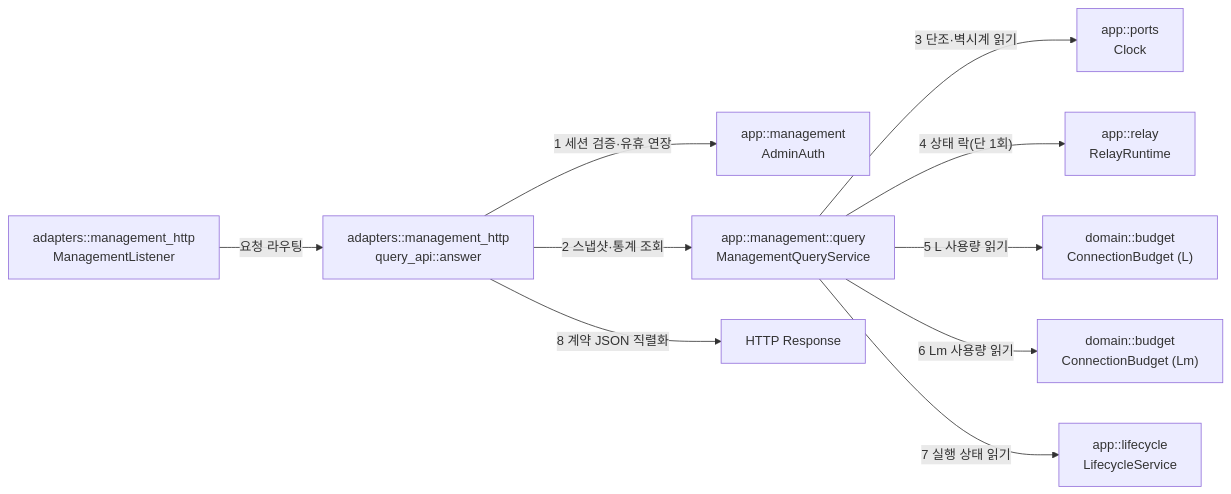
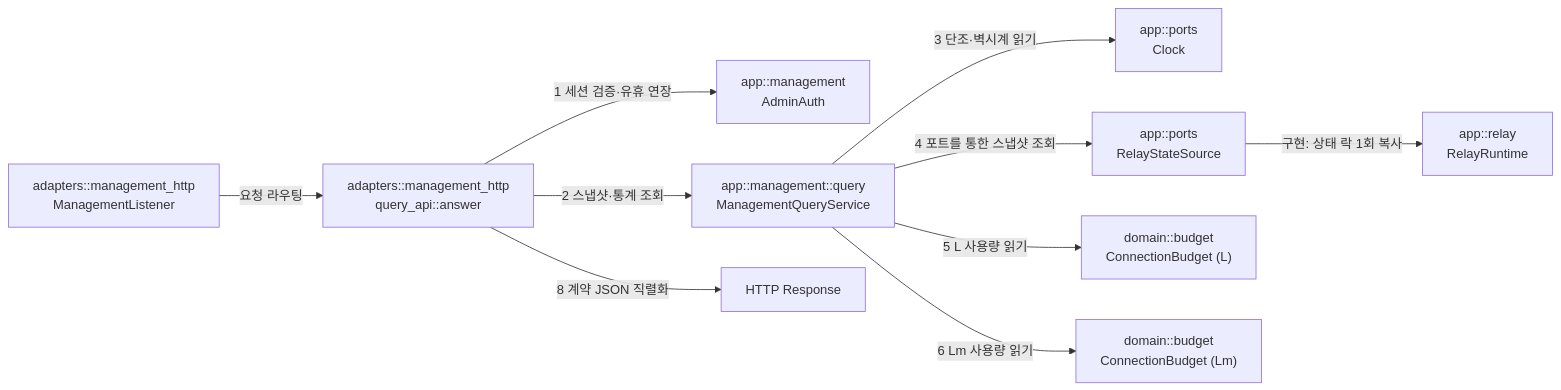
Before and after one commit to kayden-kim/vnc-relay: the diagram in docs/architectures/management-query.md, drawn with Mermaid. The commit also changed other lines of this file and 4 other files, not shown here.

````diff
--- a/docs/architectures/management-query.md
+++ b/docs/architectures/management-query.md
@@ -43,12 +43,12 @@
 ```mermaid
 flowchart LR
     ML["adapters::management_http<br/>ManagementListener"] -->|"요청 라우팅"| QA["adapters::management_http<br/>query_api::answer"]
     QA -->|"1 세션 검증·유휴 연장"| AUTH["app::management<br/>AdminAuth"]
     QA -->|"2 스냅샷·통계 조회"| QS["app::management::query<br/>ManagementQueryService"]
     QS -->|"3 단조·벽시계 읽기"| CLK["app::ports<br/>Clock"]
-    QS -->|"4 상태 락(단 1회)"| RT["app::relay<br/>RelayRuntime"]
+    QS -->|"4 포트를 통한 스냅샷 조회"| RS["app::ports<br/>RelayStateSource"]
+    RS -->|"구현: 상태 락 1회 복사"| RT["app::relay<br/>RelayRuntime"]
     QS -->|"5 L 사용량 읽기"| RB["domain::budget<br/>ConnectionBudget (L)"]
     QS -->|"6 Lm 사용량 읽기"| AB["domain::budget<br/>ConnectionBudget (Lm)"]
-    QS -->|"7 실행 상태 읽기"| LC["app::lifecycle<br/>LifecycleService"]
     QA -->|"8 계약 JSON 직렬화"| RES["HTTP Response"]
 ```
````
